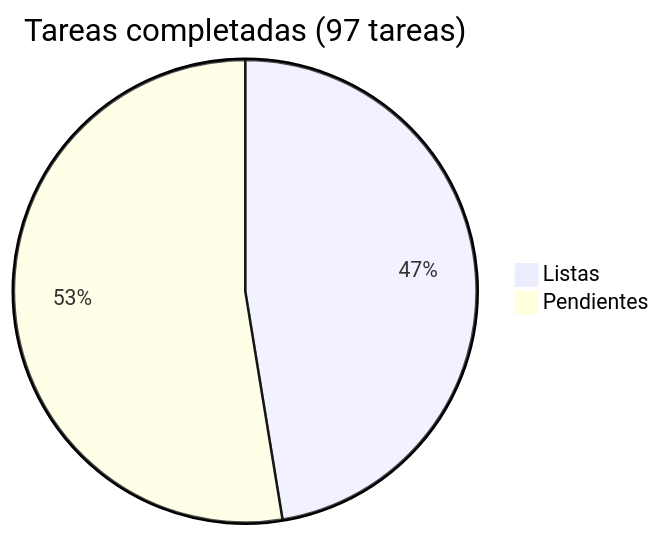
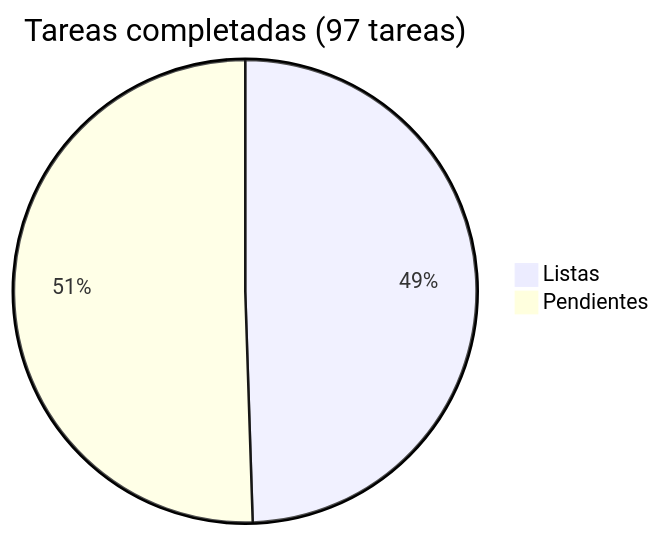
One commit to araguaney-lat/araguaney changed the diagram in docs/roadmap/README.md. Above: the diagram before and after it, drawn with Mermaid. The commit also changed other lines of this file and 1 other file, not shown here.

Commit message:
docs: mark tasks 16 & 17 done

````diff
--- a/docs/roadmap/README.md
+++ b/docs/roadmap/README.md
@@ -5,5 +5,5 @@
 ```mermaid
 pie title Tareas completadas (97 tareas)
-    "Listas" : 46
-    "Pendientes" : 51
+    "Listas" : 48
+    "Pendientes" : 49
 ```
````
